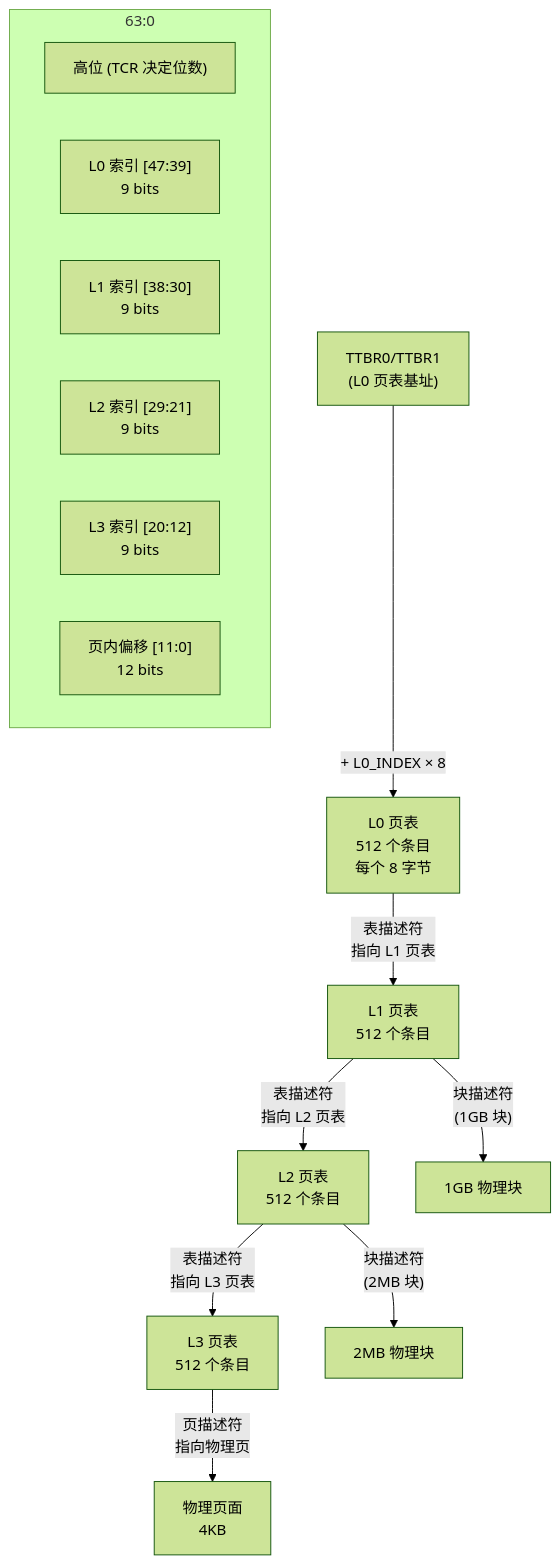
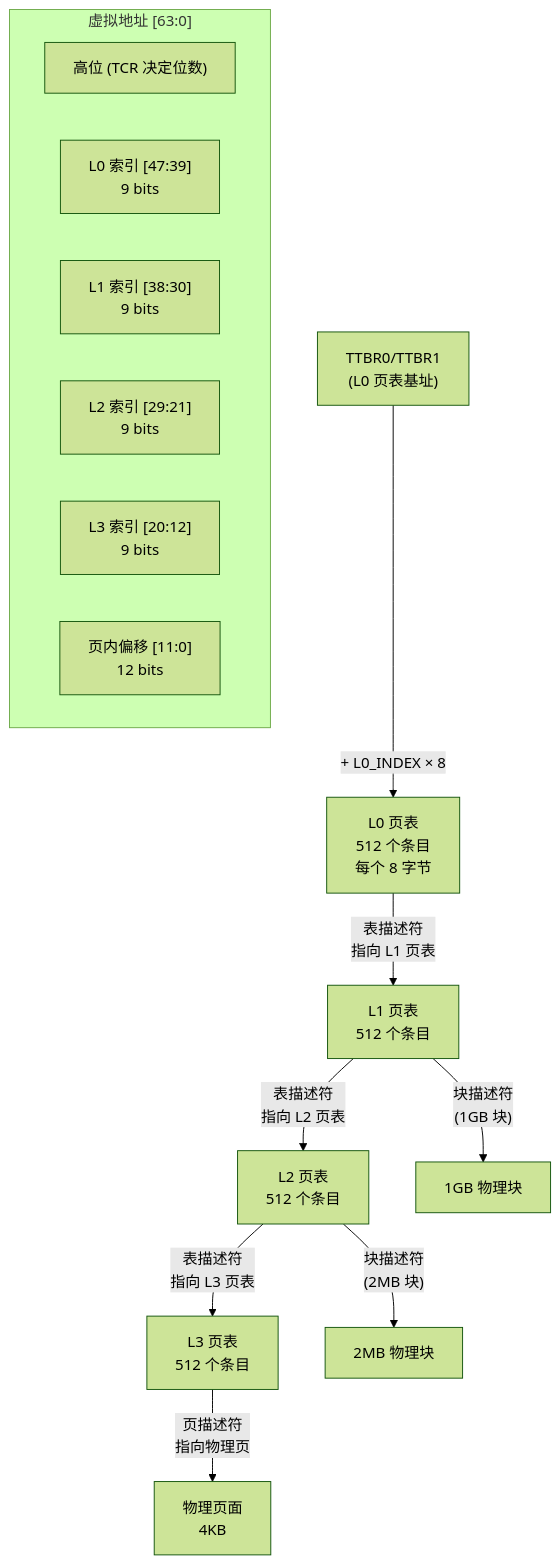
One commit to fonstone/fonstone.github.io changed the sixth of 7 diagrams in projects/chcore/02-lab1-machine-boot.mdx. Above: the diagram before and after it, drawn with Mermaid (forest theme). The commit also changed 1 other file, not shown here.

Commit message:
fix: correct mermaid syntax errors in chcore diagrams

````diff
--- a/projects/chcore/02-lab1-machine-boot.mdx
+++ b/projects/chcore/02-lab1-machine-boot.mdx
@@ -579,20 +579,20 @@
 ```mermaid
 flowchart TB
-    subgraph 虚拟地址 [63:0]
+    subgraph "虚拟地址 [63:0]"
         VA_HIGH["高位 (TCR 决定位数)"]
         VA_L0["L0 索引 [47:39]<br/>9 bits"]
         VA_L1["L1 索引 [38:30]<br/>9 bits"]
         VA_L2["L2 索引 [29:21]<br/>9 bits"]
         VA_L3["L3 索引 [20:12]<br/>9 bits"]
         VA_OFF["页内偏移 [11:0]<br/>12 bits"]
     end
     
     TTBR["TTBR0/TTBR1<br/>(L0 页表基址)"] -->|"+ L0_INDEX × 8"| L0["L0 页表<br/>512 个条目<br/>每个 8 字节"]
     L0 -->|"表描述符<br/>指向 L1 页表"| L1["L1 页表<br/>512 个条目"]
     L1 -->|"表描述符<br/>指向 L2 页表"| L2["L2 页表<br/>512 个条目"]
     L2 -->|"表描述符<br/>指向 L3 页表"| L3["L3 页表<br/>512 个条目"]
     L3 -->|"页描述符<br/>指向物理页"| PHYS["物理页面<br/>4KB"]
     
     L1 -->|"块描述符<br/>(1GB 块)"| BLK1G["1GB 物理块"]
     L2 -->|"块描述符<br/>(2MB 块)"| BLK2M["2MB 物理块"]
 ```
````
